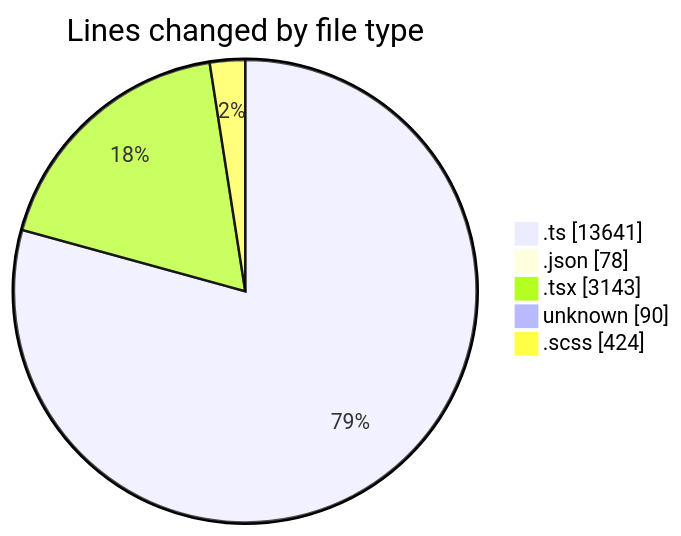
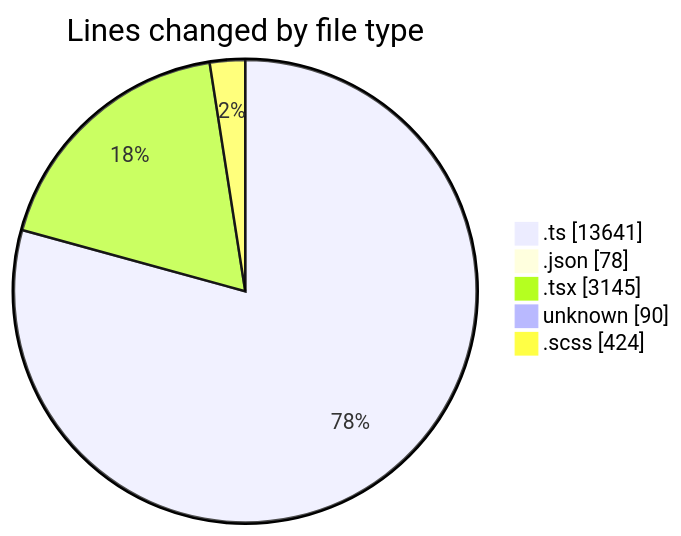
One commit to momahboobian/code-tracking changed the first of 2 diagrams in 2025-08-29/cda/README.md. Above: the diagram before and after it, drawn with Mermaid. The commit also changed other lines of this file and 1 other file, not shown here.

````diff
--- a/2025-08-29/cda/README.md
+++ b/2025-08-29/cda/README.md
@@ -34,9 +34,9 @@
 ```mermaid
 pie showData
 title Lines changed by file type
 ".ts" : 13641
 ".json" : 78
-".tsx" : 3143
+".tsx" : 3145
 "unknown" : 90
 ".scss" : 424
 ```
````
